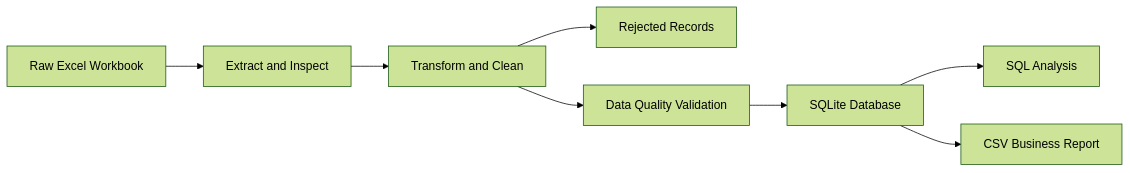
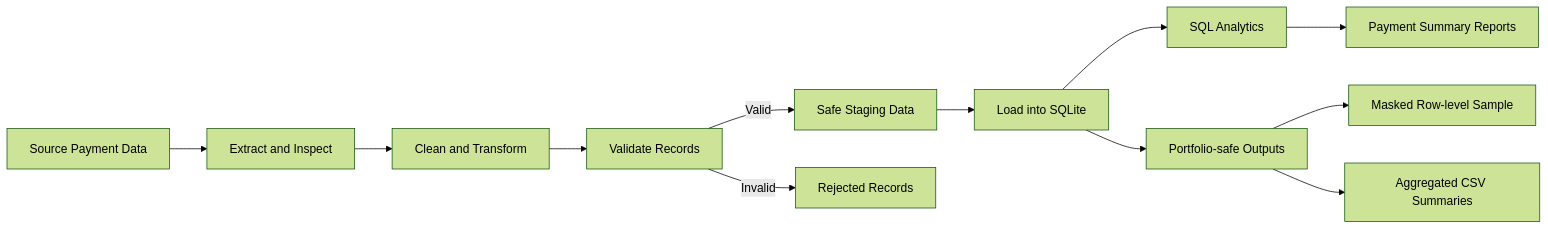
The diagram in README.md (bodinkc30-Pete/marketing-campaign-data-platform), drawn with Mermaid (forest theme) before and after one commit. The commit also changed other lines of this file, not shown here.

Commit message:
Upgrade README with privacy-safe portfolio documentation

````diff
--- a/README.md
+++ b/README.md
@@ -31,10 +42,17 @@
 ```mermaid
 flowchart LR
-    A[Raw Excel Workbook] --> B[Extract and Inspect]
-    B --> C[Transform and Clean]
-    C --> D[Rejected Records]
-    C --> E[Data Quality Validation]
-    E --> F[SQLite Database]
-    F --> G[SQL Analysis]
-    F --> H[CSV Business Report]
+    A[Source Payment Data] --> B[Extract and Inspect]
+    B --> C[Clean and Transform]
+    C --> D[Validate Records]
+
+    D -->|Valid| E[Safe Staging Data]
+    D -->|Invalid| F[Rejected Records]
+
+    E --> G[Load into SQLite]
+    G --> H[SQL Analytics]
+    G --> I[Portfolio-safe Outputs]
+
+    H --> J[Payment Summary Reports]
+    I --> K[Masked Row-level Sample]
+    I --> L[Aggregated CSV Summaries]
 ```
````
